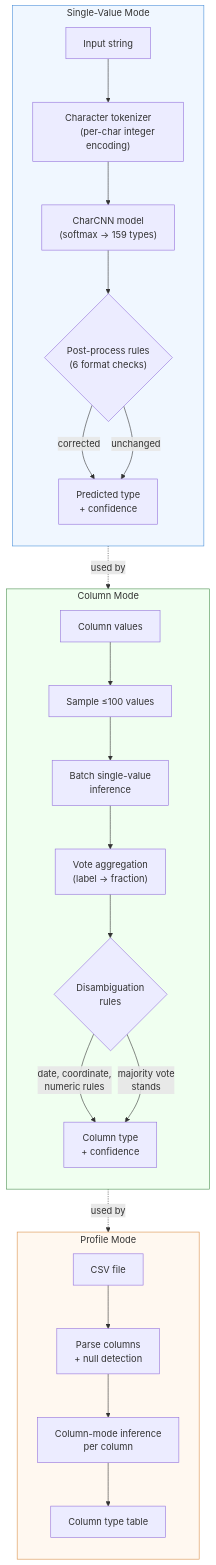
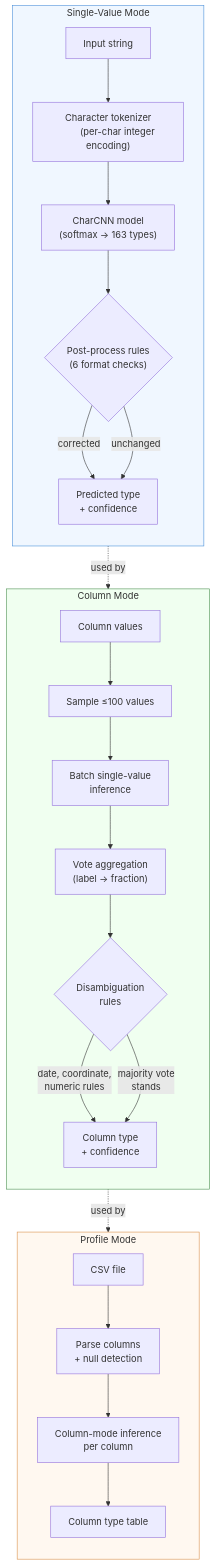
One commit to meridian-online/finetype changed the diagram in README.md. Above: the diagram before and after it, drawn with Mermaid. The commit also changed other lines of this file and 4 other files, not shown here.

````diff
--- a/README.md
+++ b/README.md
@@ -208,47 +211,47 @@
 ```mermaid
 flowchart TB
     subgraph single ["Single-Value Mode"]
         direction TB
         A["Input string"] --> B["Character tokenizer
         (per-char integer encoding)"]
         B --> C["CharCNN model
-        (softmax → 159 types)"]
+        (softmax → 163 types)"]
         C --> D{"Post-process rules
         (6 format checks)"}
         D -->|corrected| E["Predicted type
         + confidence"]
         D -->|unchanged| E
     end
 
     subgraph column ["Column Mode"]
         direction TB
         F["Column values"] --> G["Sample ≤100 values"]
         G --> H["Batch single-value
         inference"]
         H --> I["Vote aggregation
         (label → fraction)"]
         I --> J{"Disambiguation
         rules"}
         J -->|"date, coordinate,
         numeric rules"| K["Column type
         + confidence"]
         J -->|"majority vote
         stands"| K
     end
 
     subgraph profile ["Profile Mode"]
         direction TB
         L["CSV file"] --> M["Parse columns
         + null detection"]
         M --> N["Column-mode inference
         per column"]
         N --> O["Column type table"]
     end
 
     single -.->|"used by"| column
     column -.->|"used by"| profile
 
     style single fill:#f0f7ff,stroke:#4a90d9
     style column fill:#f0fff0,stroke:#4a9050
     style profile fill:#fff8f0,stroke:#d9904a
 ```
````
